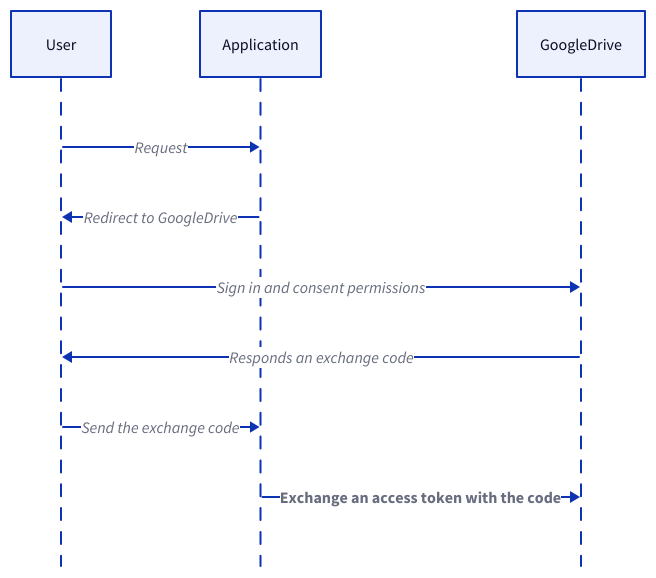
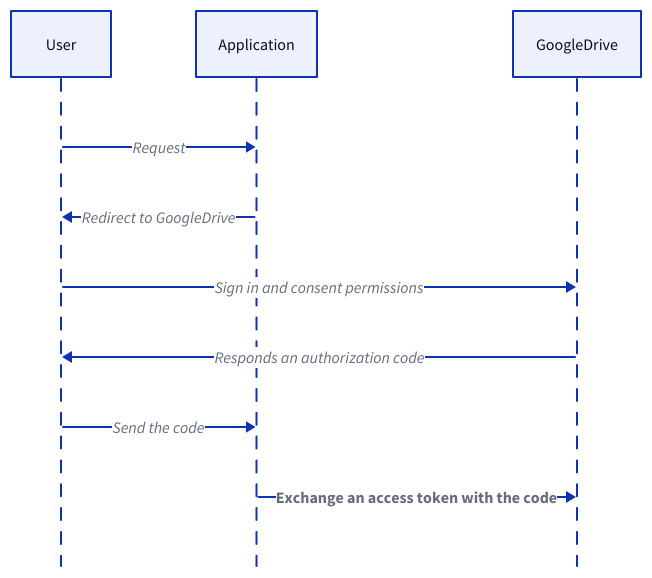
Before and after one commit to link1905/system-design-101: diagram 23 of 25 in content/docs/system-administration/system-protection/iam.md, drawn with D2. The commit also changed other lines of this file and 9 other files, not shown here.

````diff
--- a/content/docs/system-administration/system-protection/iam.md
+++ b/content/docs/system-administration/system-protection/iam.md
@@ -866,20 +855,20 @@
 ```d2
 shape: sequence_diagram
 u: User {
   class: client
 }
 s: Application {
   class: server
 }
 g: GoogleDrive {
   class: google
 }
 u -> s: Request
 s -> u: Redirect to GoogleDrive
 u -> g: Sign in and consent permissions
-g -> u: Responds an exchange code
-u -> s: Send the exchange code
+g -> u: Responds an authorization code
+u -> s: Send the code
 s -> g: Exchange an access token with the code {
   style.bold: true
 }
 ```
````
